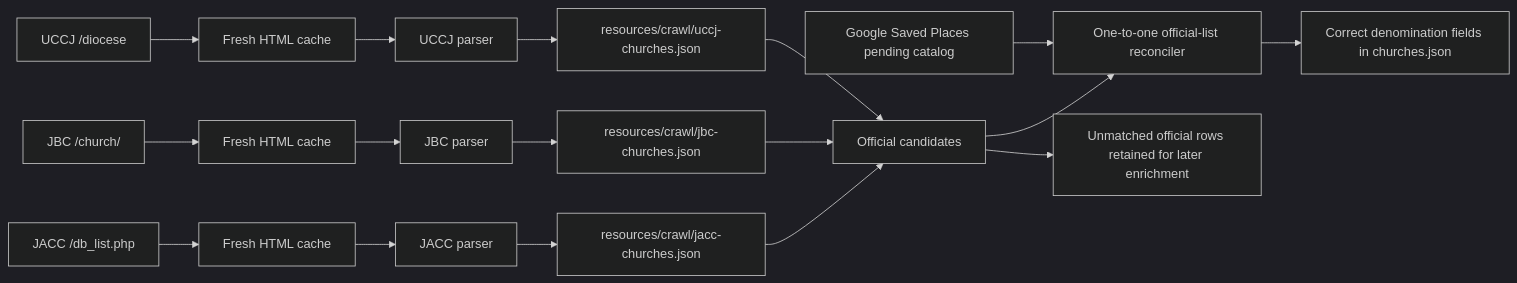
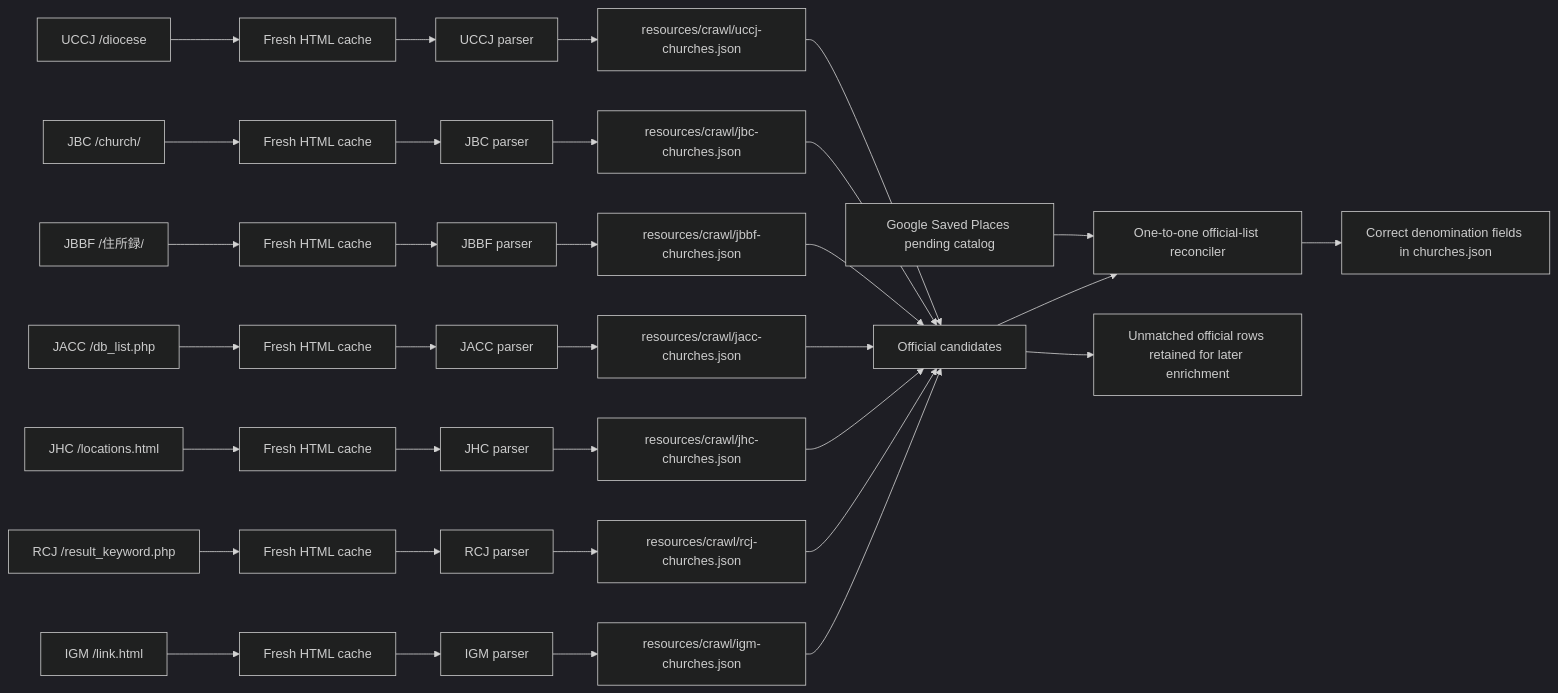
Before and after one commit to crossmapcojp/crossmap: the diagram in crawl/src/main/kotlin/jp/co/crossmap/crawl/denomination/README.md, drawn with Mermaid (dark theme). The commit also changed other lines of this file and 9 other files, not shown here.

First line of the commit message:
Add JHC, RCJ, IGM denomination crawlers

````diff
--- a/crawl/src/main/kotlin/jp/co/crossmap/crawl/denomination/README.md
+++ b/crawl/src/main/kotlin/jp/co/crossmap/crawl/denomination/README.md
@@ -31,19 +36,35 @@
 ```mermaid
 flowchart LR
     U[UCCJ /diocese] --> UL[Fresh HTML cache]
     B[JBC /church/] --> BL[Fresh HTML cache]
+    JBBF[JBBF /住所録/] --> JBBFL[Fresh HTML cache]
     A[JACC /db_list.php] --> AL[Fresh HTML cache]
+    H[JHC /locations.html] --> HL[Fresh HTML cache]
+    R[RCJ /result_keyword.php] --> RL[Fresh HTML cache]
+    I[IGM /link.html] --> IL[Fresh HTML cache]
     UL --> UP[UCCJ parser]
     BL --> BP[JBC parser]
+    JBBFL --> JBBFP[JBBF parser]
     AL --> AP[JACC parser]
+    HL --> HP[JHC parser]
+    RL --> RP[RCJ parser]
+    IL --> IP[IGM parser]
     UP --> UJ[resources/crawl/uccj-churches.json]
     BP --> BJ[resources/crawl/jbc-churches.json]
+    JBBFP --> JBBFJ[resources/crawl/jbbf-churches.json]
     AP --> AJ[resources/crawl/jacc-churches.json]
+    HP --> HJ[resources/crawl/jhc-churches.json]
+    RP --> RJ[resources/crawl/rcj-churches.json]
+    IP --> IJ[resources/crawl/igm-churches.json]
     UJ --> C[Official candidates]
     BJ --> C
+    JBBFJ --> C
     AJ --> C
-    G[Google Saved Places pending catalog] --> R[One-to-one official-list reconciler]
-    C --> R
-    R --> O[Correct denomination fields in churches.json]
+    HJ --> C
+    RJ --> C
+    IJ --> C
+    G[Google Saved Places pending catalog] --> R2[One-to-one official-list reconciler]
+    C --> R2
+    R2 --> O[Correct denomination fields in churches.json]
     C --> M[Unmatched official rows retained for later enrichment]
 ```
````
